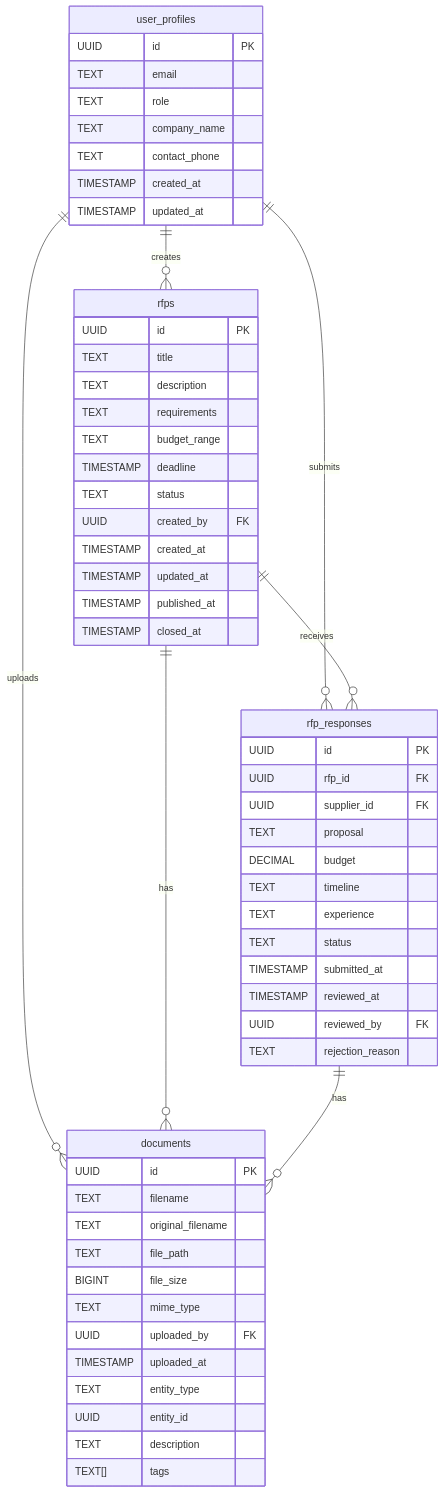
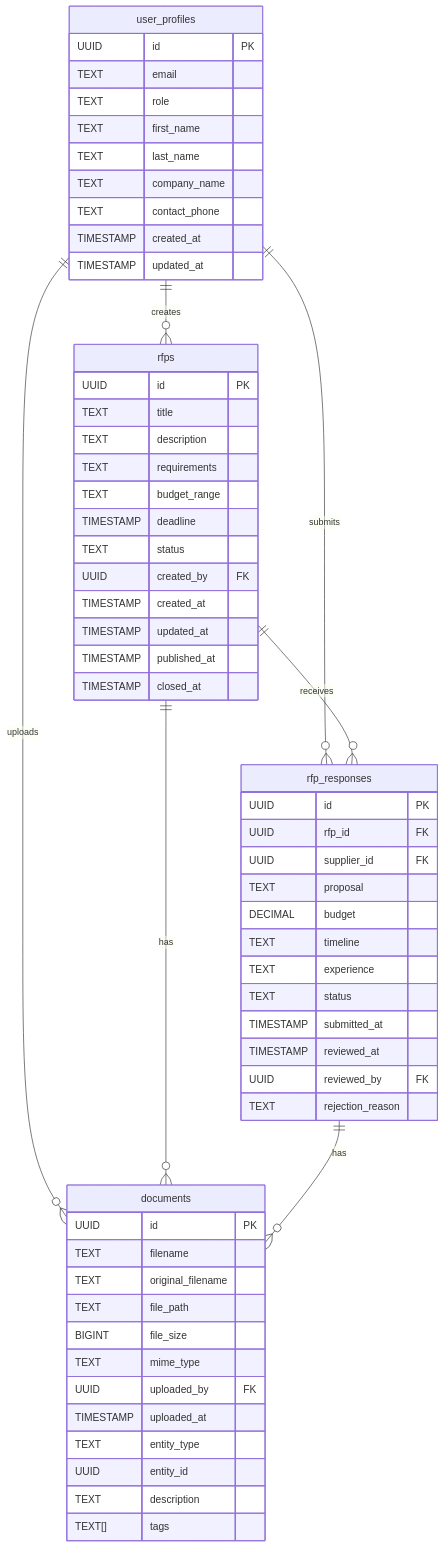
Before and after one commit to gaurav18115/rfp-content-management: the diagram in docs/database-schema.md, drawn with Mermaid. The commit also changed other lines of this file and 24 other files, not shown here.

First line of the commit message:
feat: add first_name and last_name fields to user profiles and organize SQL files

````diff
--- a/docs/database-schema.md
+++ b/docs/database-schema.md
@@ -205,64 +207,66 @@
 ```mermaid
 erDiagram
     user_profiles ||--o{ rfps : "creates"
     user_profiles ||--o{ rfp_responses : "submits"
     rfps ||--o{ rfp_responses : "receives"
     user_profiles ||--o{ documents : "uploads"
     rfps ||--o{ documents : "has"
     rfp_responses ||--o{ documents : "has"
     
     user_profiles {
         UUID id PK
         TEXT email
         TEXT role
+        TEXT first_name
+        TEXT last_name
         TEXT company_name
         TEXT contact_phone
         TIMESTAMP created_at
         TIMESTAMP updated_at
     }
     
     rfps {
         UUID id PK
         TEXT title
         TEXT description
         TEXT requirements
         TEXT budget_range
         TIMESTAMP deadline
         TEXT status
         UUID created_by FK
         TIMESTAMP created_at
         TIMESTAMP updated_at
         TIMESTAMP published_at
         TIMESTAMP closed_at
     }
     
     rfp_responses {
         UUID id PK
         UUID rfp_id FK
         UUID supplier_id FK
         TEXT proposal
         DECIMAL budget
         TEXT timeline
         TEXT experience
         TEXT status
         TIMESTAMP submitted_at
         TIMESTAMP reviewed_at
         UUID reviewed_by FK
         TEXT rejection_reason
     }
     
     documents {
         UUID id PK
         TEXT filename
         TEXT original_filename
         TEXT file_path
         BIGINT file_size
         TEXT mime_type
         UUID uploaded_by FK
         TIMESTAMP uploaded_at
         TEXT entity_type
         UUID entity_id
         TEXT description
         TEXT[] tags
     }
 ```
````
